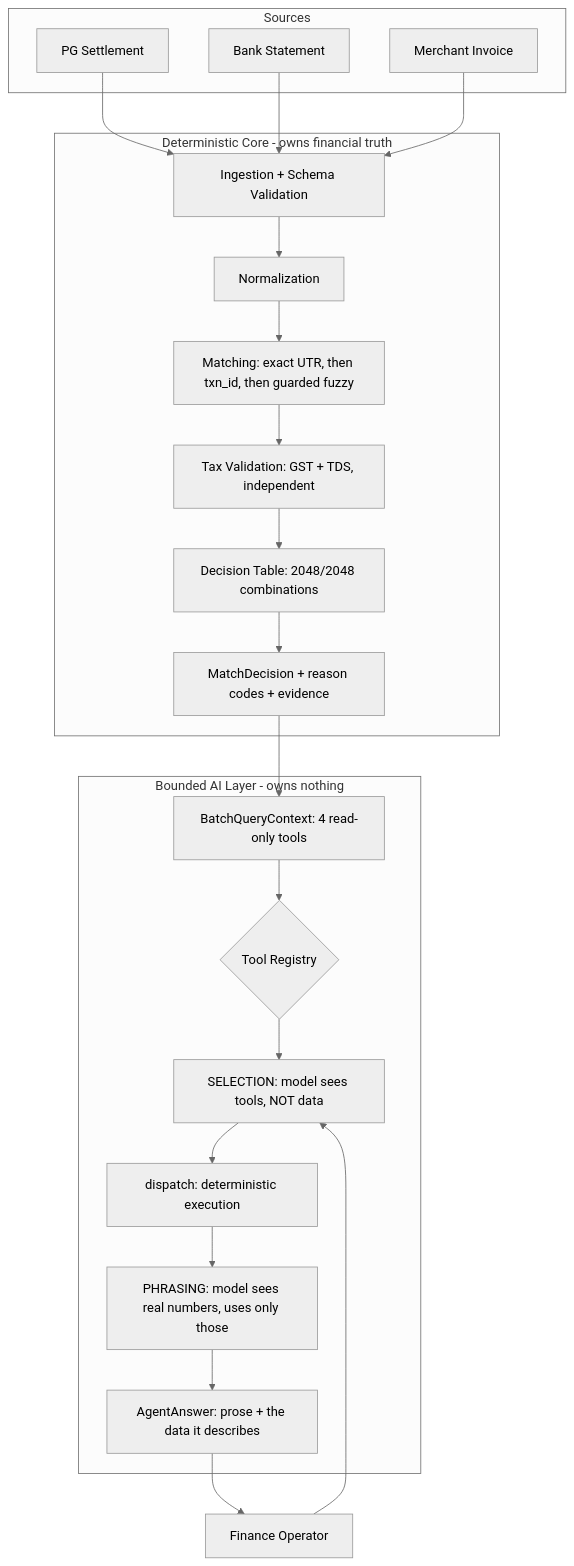
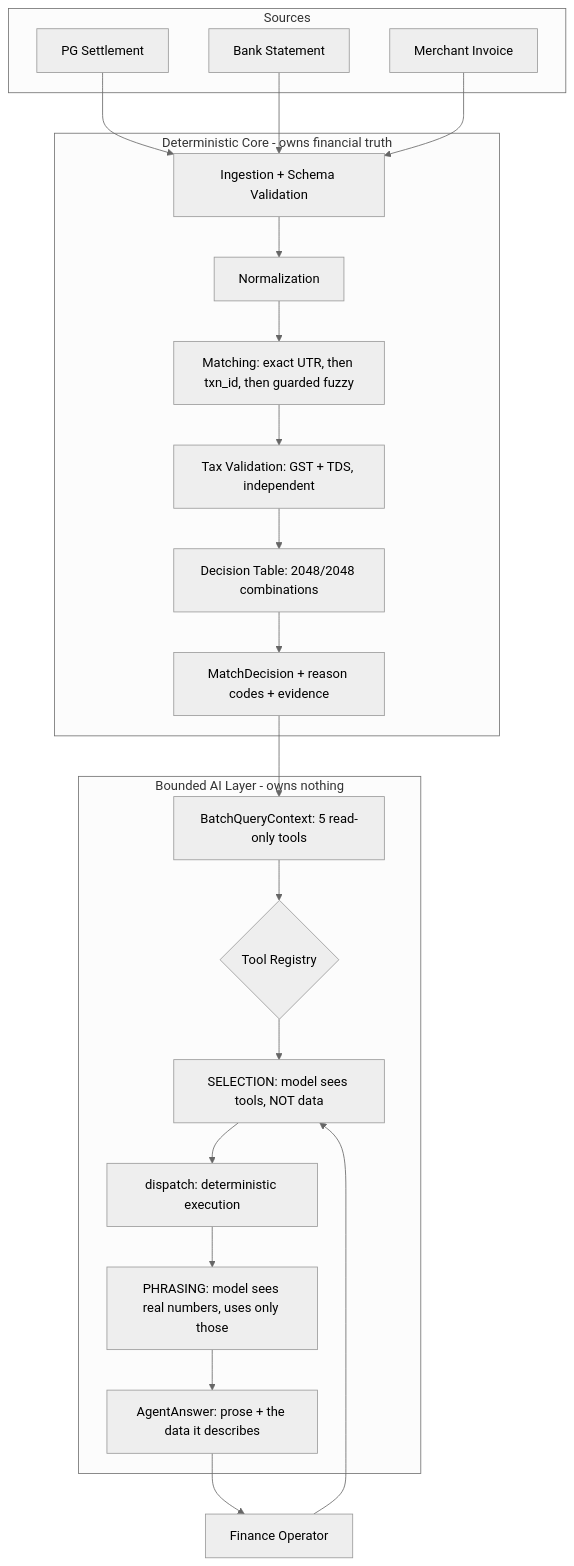
One commit to SuryaSK-dev/razorpay-ai-finance-controller changed the diagram in README.md. Above: the diagram before and after it, drawn with Mermaid (neutral theme). The commit also changed other lines of this file and 1 other file, not shown here.

Commit message:
docs: document the cash position tool; exclude local study notes

````diff
--- a/README.md
+++ b/README.md
@@ -38,31 +38,31 @@
 ```mermaid
 graph TB
     subgraph Sources
         A1[PG Settlement]
         A2[Bank Statement]
         A3[Merchant Invoice]
     end
 
     subgraph Deterministic["Deterministic Core - owns financial truth"]
         B1[Ingestion + Schema Validation] --> B2[Normalization]
         B2 --> B3[Matching: exact UTR, then txn_id, then guarded fuzzy]
         B3 --> B4[Tax Validation: GST + TDS, independent]
         B4 --> B5[Decision Table: 2048/2048 combinations]
         B5 --> B6[MatchDecision + reason codes + evidence]
     end
 
     subgraph Agent["Bounded AI Layer - owns nothing"]
-        C1[BatchQueryContext: 4 read-only tools] --> C2{Tool Registry}
+        C1[BatchQueryContext: 5 read-only tools] --> C2{Tool Registry}
         C2 --> C3[SELECTION: model sees tools, NOT data]
         C3 --> C4[dispatch: deterministic execution]
         C4 --> C5[PHRASING: model sees real numbers, uses only those]
         C5 --> C6[AgentAnswer: prose + the data it describes]
     end
 
     A1 --> B1
     A2 --> B1
     A3 --> B1
     B6 --> C1
     D1[Finance Operator] --> C3
     C6 --> D1
 ```
````
